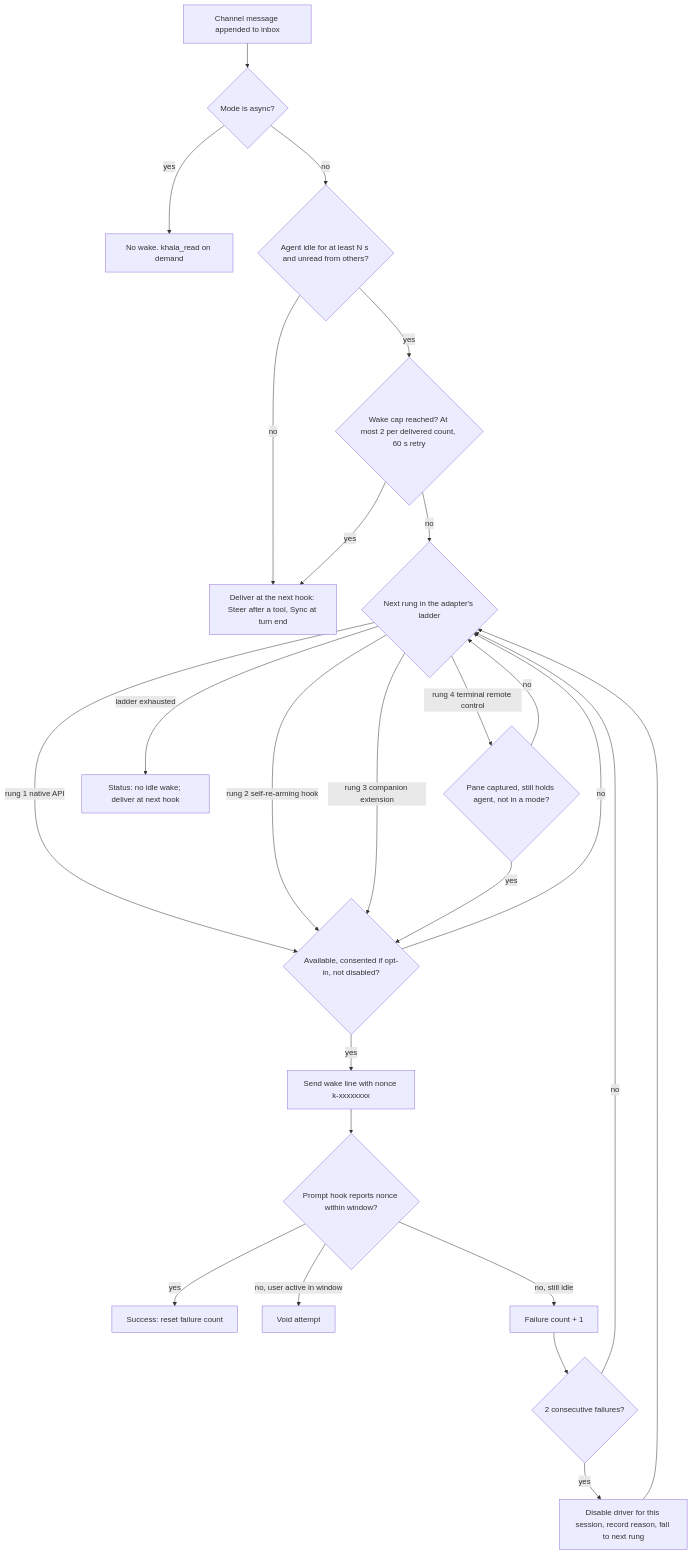
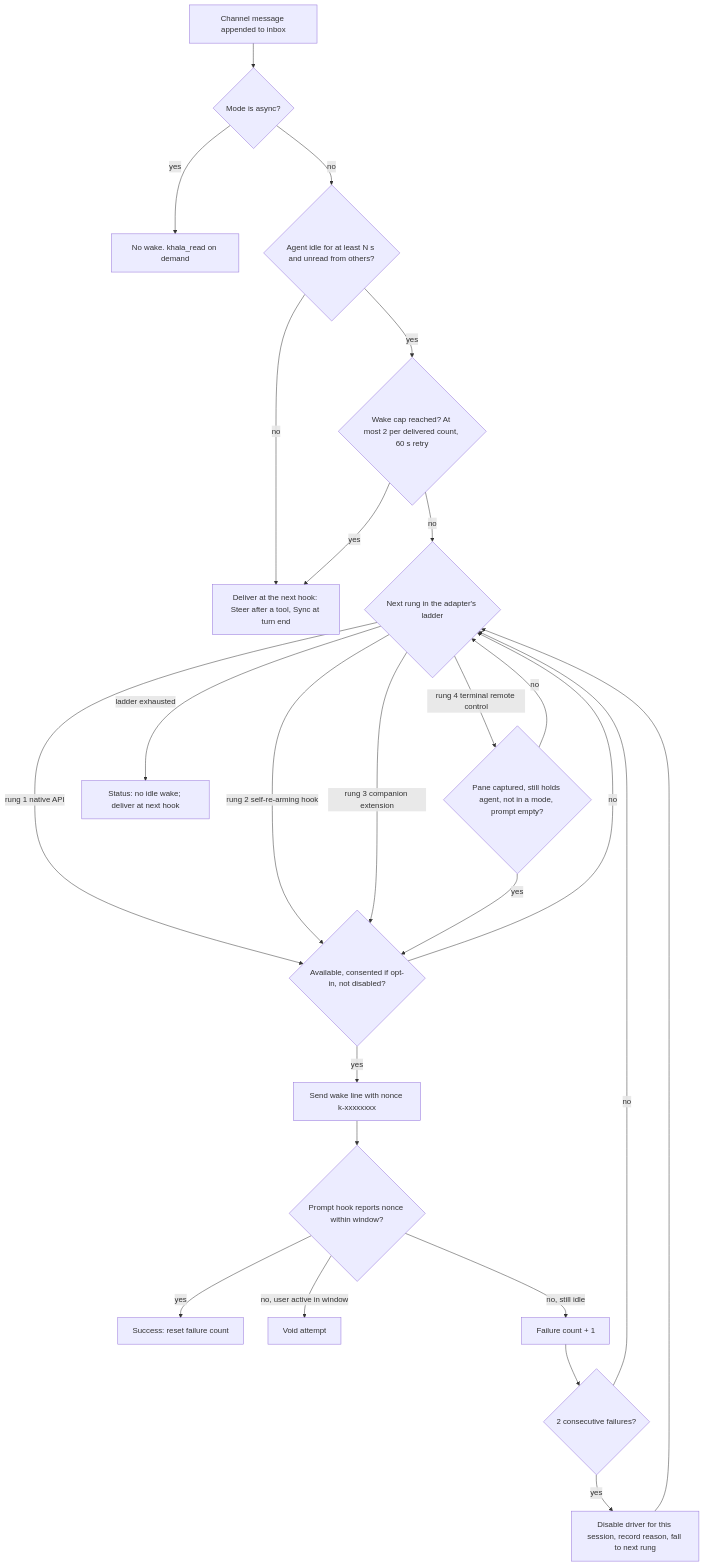
Before and after one commit to aiur-team/khala: the second of 4 diagrams in docs/plans/2026-10-05-001-feat-multi-harness-parity-plan.md, drawn with Mermaid. The commit also changed other lines of this file, not shown here.

````diff
--- a/docs/plans/2026-10-05-001-feat-multi-harness-parity-plan.md
+++ b/docs/plans/2026-10-05-001-feat-multi-harness-parity-plan.md
@@ -297,27 +314,27 @@
 ```mermaid
 flowchart TB
   A["Channel message appended to inbox"] --> B{"Mode is async?"}
   B -->|yes| Z["No wake. khala_read on demand"]
   B -->|no| C{"Agent idle for at least N s and unread from others?"}
   C -->|no| Y["Deliver at the next hook: Steer after a tool, Sync at turn end"]
   C -->|yes| D{"Wake cap reached? At most 2 per delivered count, 60 s retry"}
   D -->|yes| Y
   D -->|no| E{"Next rung in the adapter's ladder"}
   E -->|"rung 1 native API"| F{"Available, consented if opt-in, not disabled?"}
   E -->|"rung 2 self-re-arming hook"| F
   E -->|"rung 3 companion extension"| F
-  E -->|"rung 4 terminal remote control"| T{"Pane captured, still holds agent, not in a mode?"}
+  E -->|"rung 4 terminal remote control"| T{"Pane captured, still holds agent, not in a mode, prompt empty?"}
   E -->|"ladder exhausted"| X["Status: no idle wake; deliver at next hook"]
   T -->|no| E
   T -->|yes| F
   F -->|no| E
   F -->|yes| G["Send wake line with nonce k-xxxxxxxx"]
   G --> H{"Prompt hook reports nonce within window?"}
   H -->|yes| I["Success: reset failure count"]
   H -->|"no, user active in window"| J["Void attempt"]
   H -->|"no, still idle"| K["Failure count + 1"]
   K --> L{"2 consecutive failures?"}
   L -->|no| E
   L -->|yes| M["Disable driver for this session, record reason, fall to next rung"]
   M --> E
 ```
````
